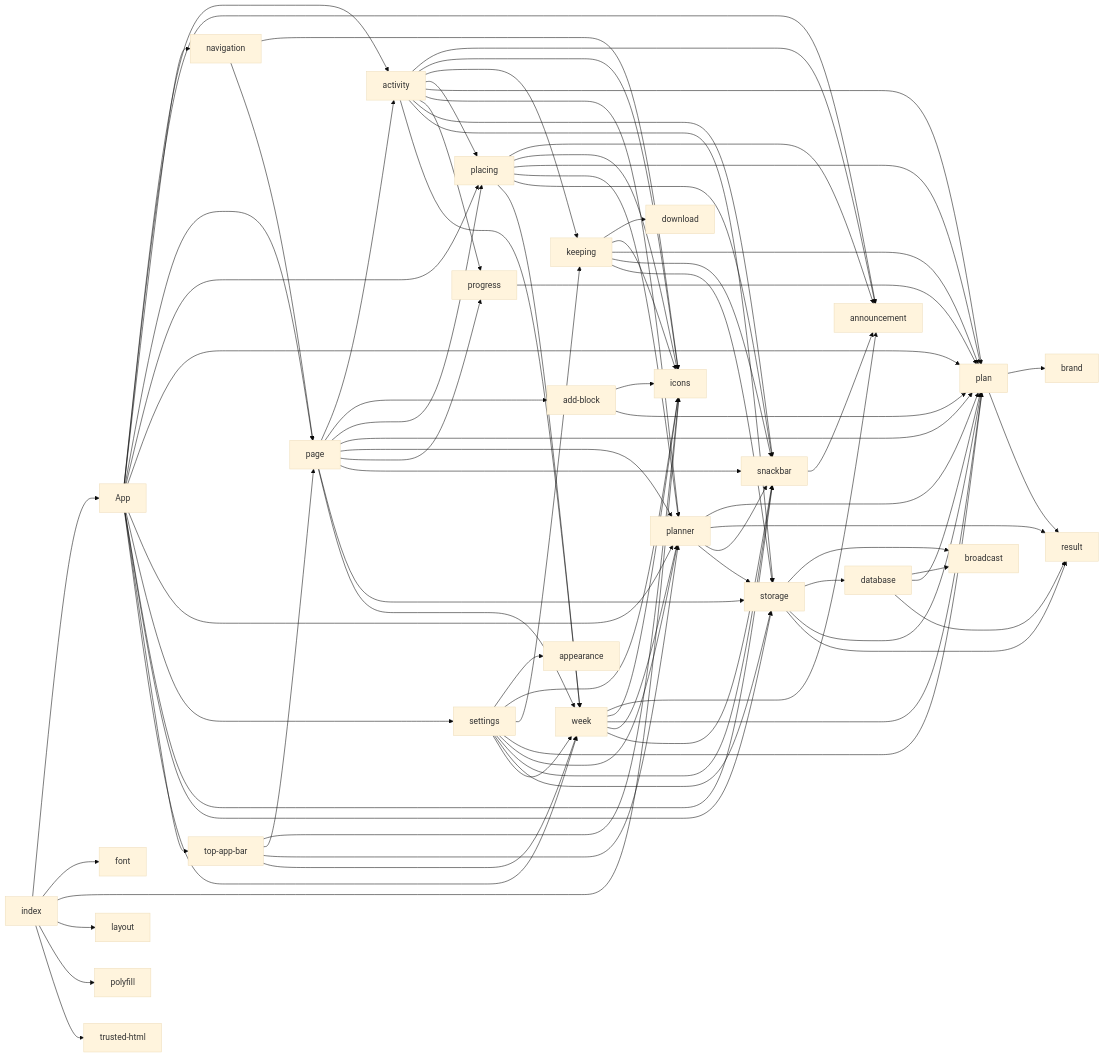
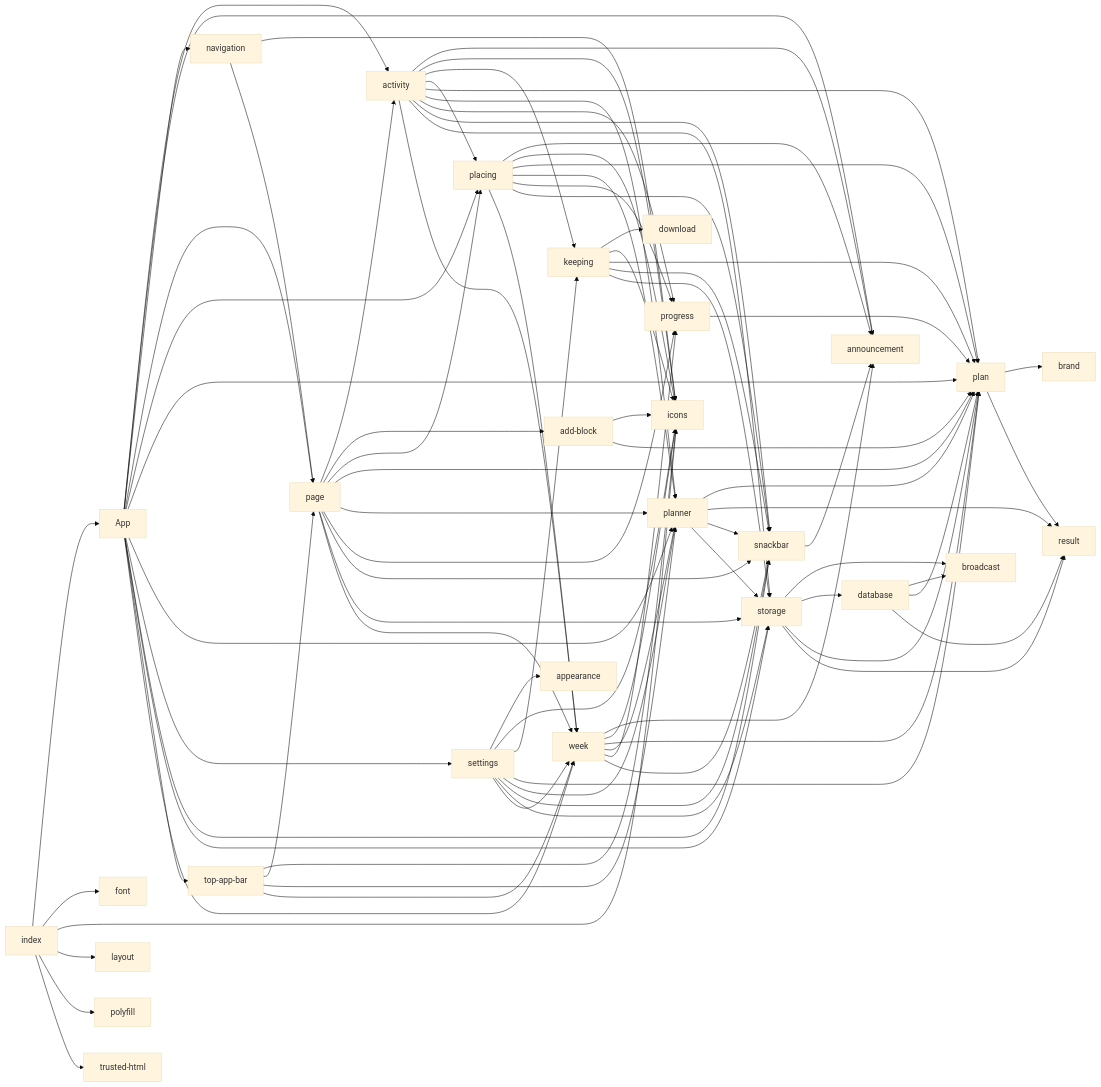
Before and after one commit to SantaClaas/week-budget-planner: the diagram in docs/MODULES.md, drawn with Mermaid (base theme). The commit also changed 11 other files, not shown here.

````diff
--- a/docs/MODULES.md
+++ b/docs/MODULES.md
@@ -89,6 +89,7 @@
   module_placing --> module_icons
   module_placing --> module_plan
   module_placing --> module_planner
+  module_placing --> module_progress
   module_placing --> module_snackbar
   module_placing --> module_week
   module_plan --> module_brand
@@ -119,5 +120,6 @@
   module_week --> module_icons
   module_week --> module_plan
   module_week --> module_planner
+  module_week --> module_progress
   module_week --> module_snackbar
 ```
````
